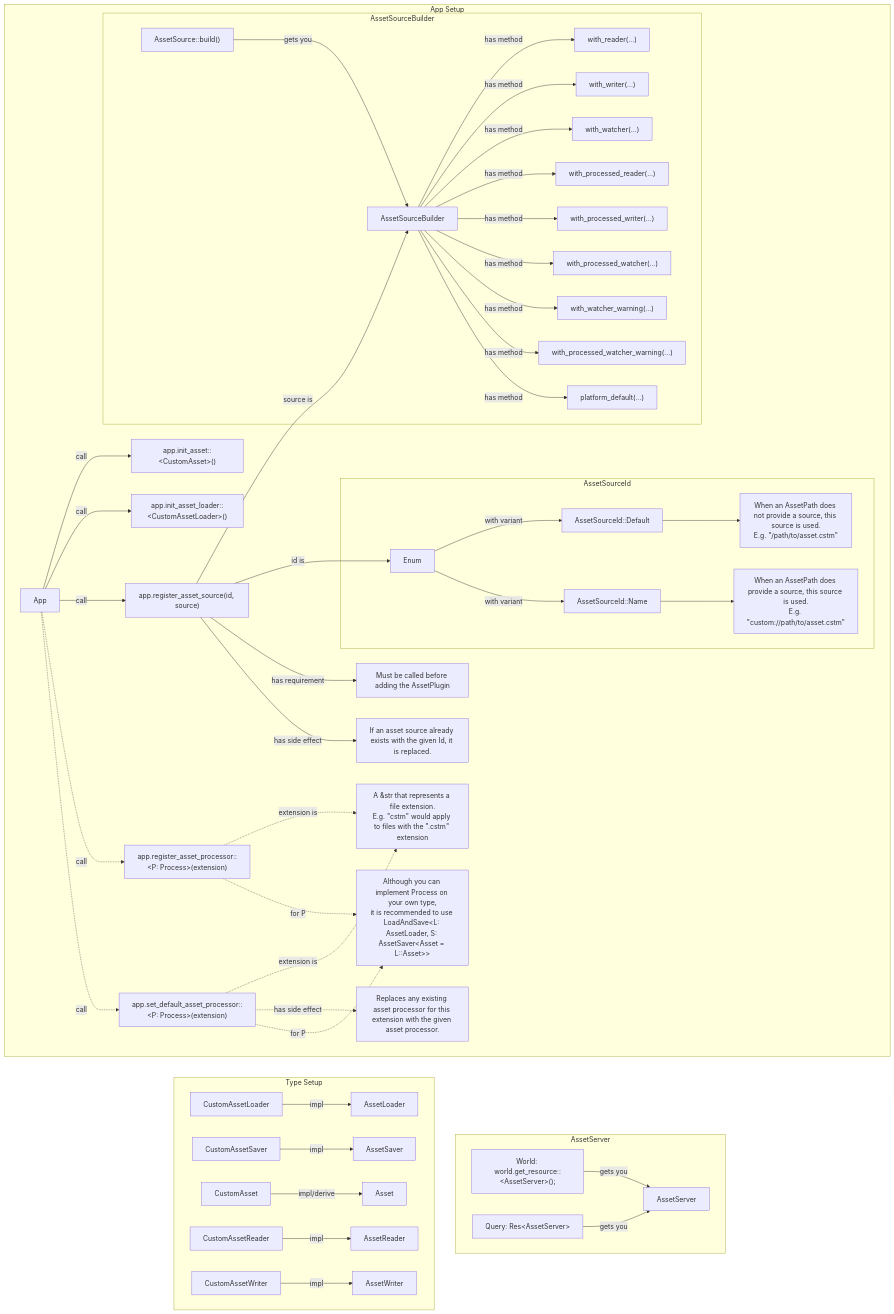
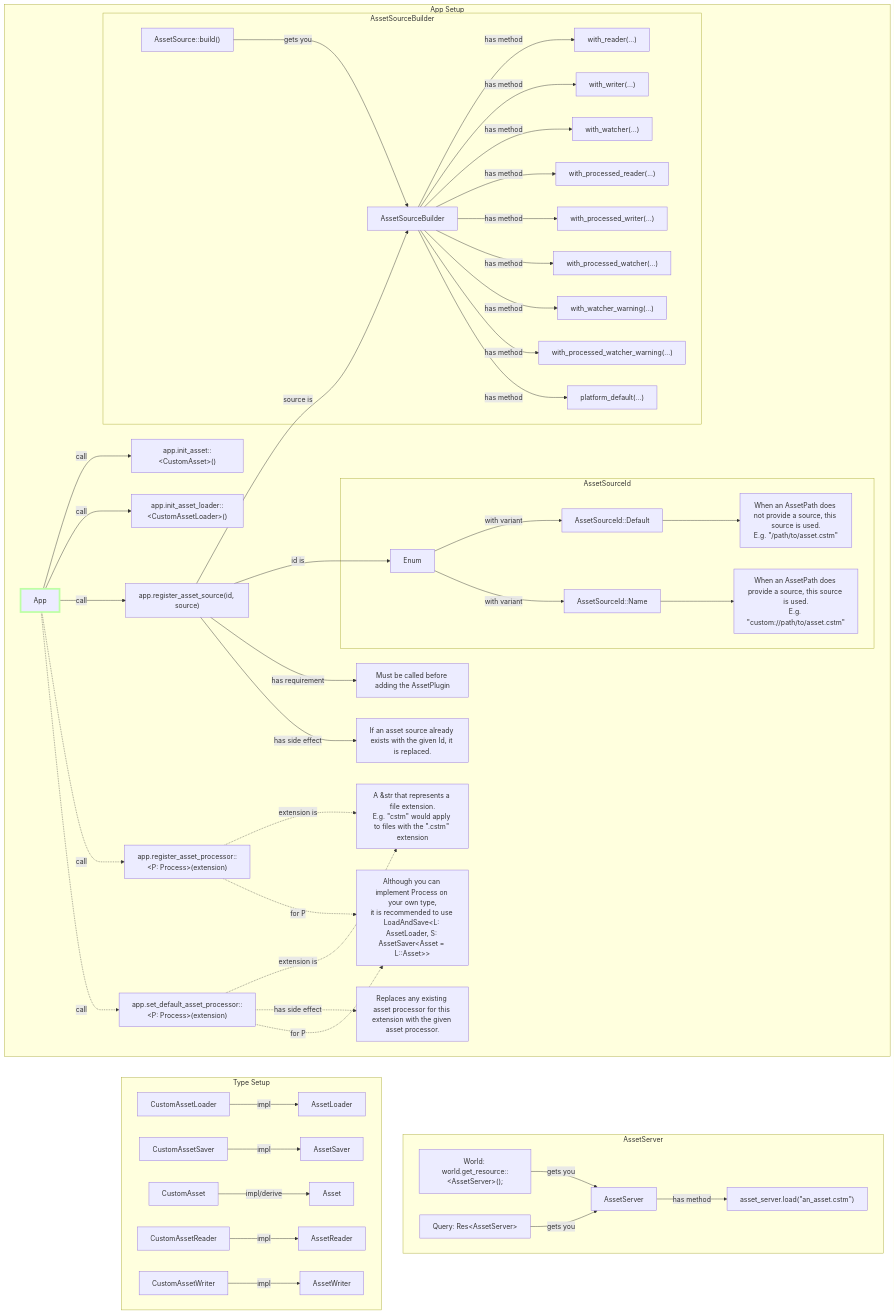
The diagram in README.md (thepackett/BevyAssetsScratchpad), drawn with Mermaid before and after one commit. The commit also changed other lines of this file, not shown here.

````diff
--- a/README.md
+++ b/README.md
@@ -88,10 +88,14 @@
   direction LR
   world -->|gets you| asset_server
   query -->|gets you| asset_server
+  asset_server -->|has method| asset_server_load
   world["World: world.get_resource::&lt;AssetServer&gt();"]
   query["Query: Res&lt;AssetServer&gt;"]
   asset_server["AssetServer"]
+  asset_server_load["asset_server.load(&quot;an_asset.cstm&quot;)"]
 end
 AppSetup ~~~ TypeSetup
 AppSetup ~~~ AssetServer
+classDef Green stroke:#BDFFA4,stroke-width:4px;
+class app Green;
 ```
````
